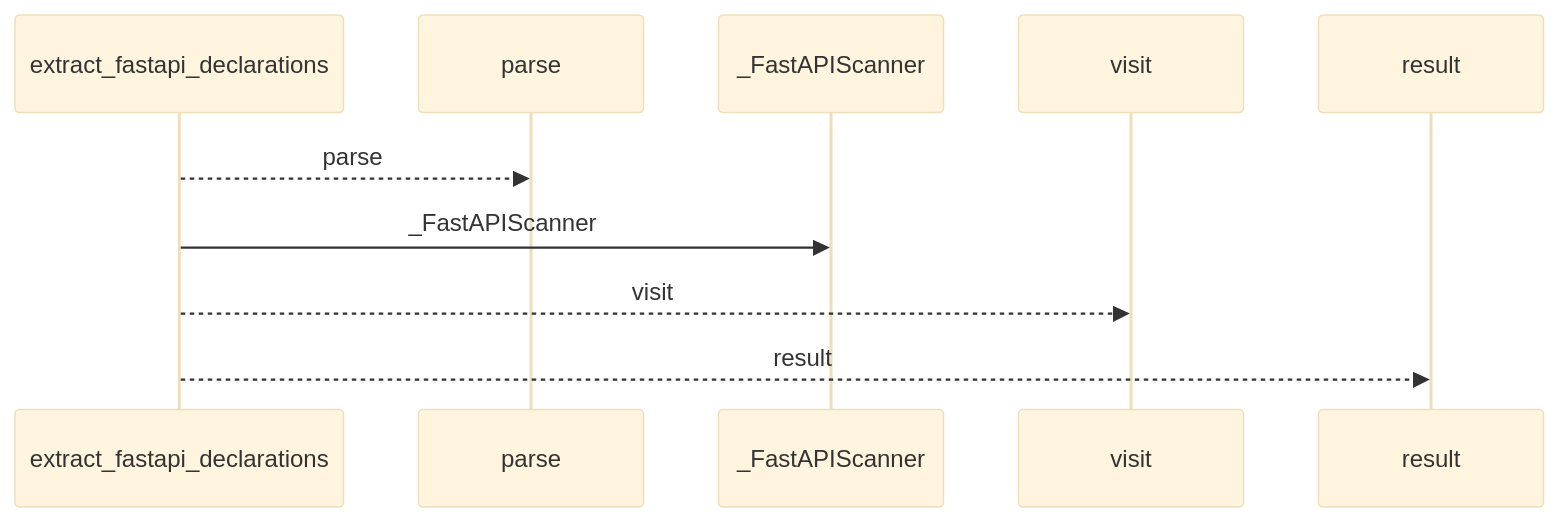
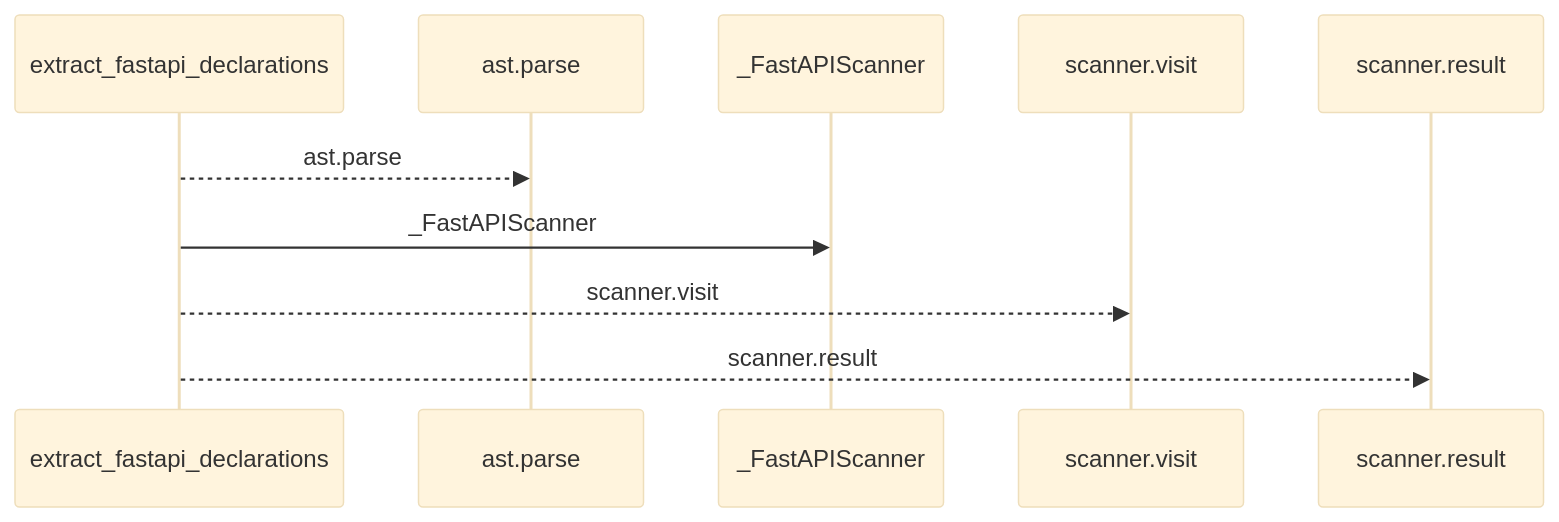
The first of 2 diagrams in docs/llm_wiki/flows/api-extract_fastapi_declarations.md (Denissvgn/python-wiki-llm), drawn with Mermaid (base theme) before and after one commit. The commit also changed other lines of this file and 719 other files, not shown here.

````diff
--- a/docs/llm_wiki/flows/api-extract_fastapi_declarations.md
+++ b/docs/llm_wiki/flows/api-extract_fastapi_declarations.md
@@ -10,12 +10,12 @@
 ```mermaid
 sequenceDiagram
     participant p0 as extract_fastapi_declarations
-    participant p1 as parse
+    participant p1 as ast.parse
     participant p2 as _FastAPIScanner
-    participant p3 as visit
-    participant p4 as result
-    p0-->>p1: parse
+    participant p3 as scanner.visit
+    participant p4 as scanner.result
+    p0-->>p1: ast.parse
     p0->>p2: _FastAPIScanner
-    p0-->>p3: visit
-    p0-->>p4: result
+    p0-->>p3: scanner.visit
+    p0-->>p4: scanner.result
 ```
````
